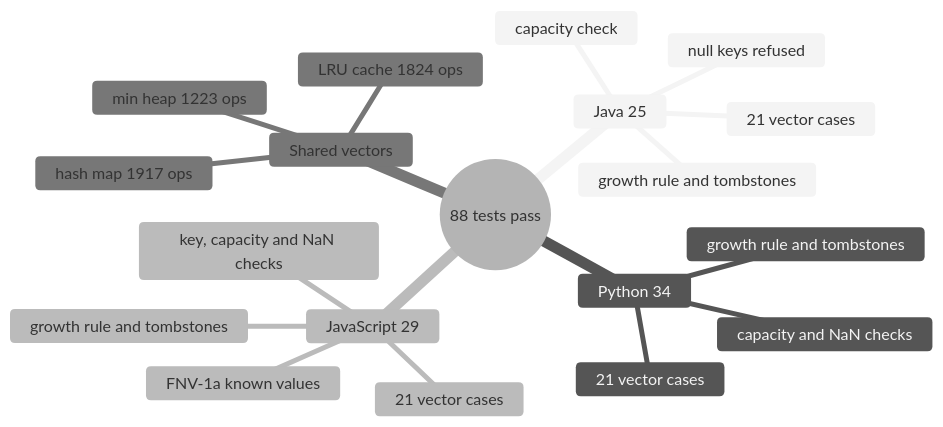
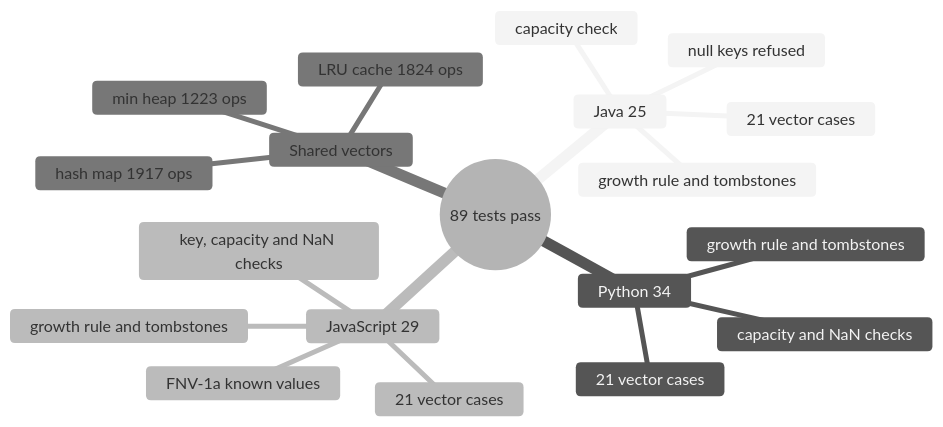
The second of 2 diagrams in README.md (EquinoxWN/polyglot-data-structures), drawn with Mermaid (neutral theme) before and after one commit. The commit also changed other lines of this file and 1 other file, not shown here.

Commit message:
docs: record the 2026-11-21 polish pass

````diff
--- a/README.md
+++ b/README.md
@@ -106,22 +106,22 @@
 ```mermaid
 mindmap
-  root((88 tests pass))
+  root((89 tests pass))
     Java 25
       21 vector cases
       capacity check
       growth rule and tombstones
       null keys refused
     Python 34
       21 vector cases
       growth rule and tombstones
       capacity and NaN checks
     JavaScript 29
       21 vector cases
       growth rule and tombstones
       FNV-1a known values
       key, capacity and NaN checks
     Shared vectors
       min heap 1223 ops
       hash map 1917 ops
       LRU cache 1824 ops
 ```
````
